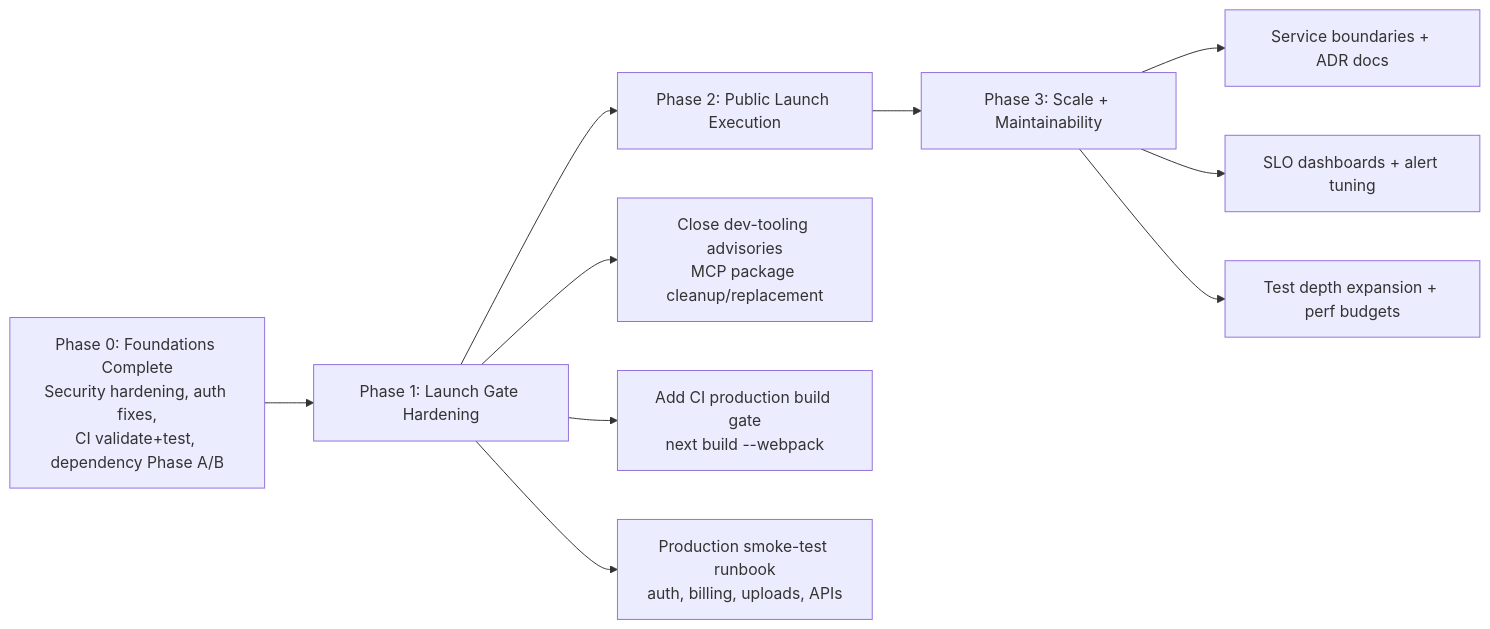
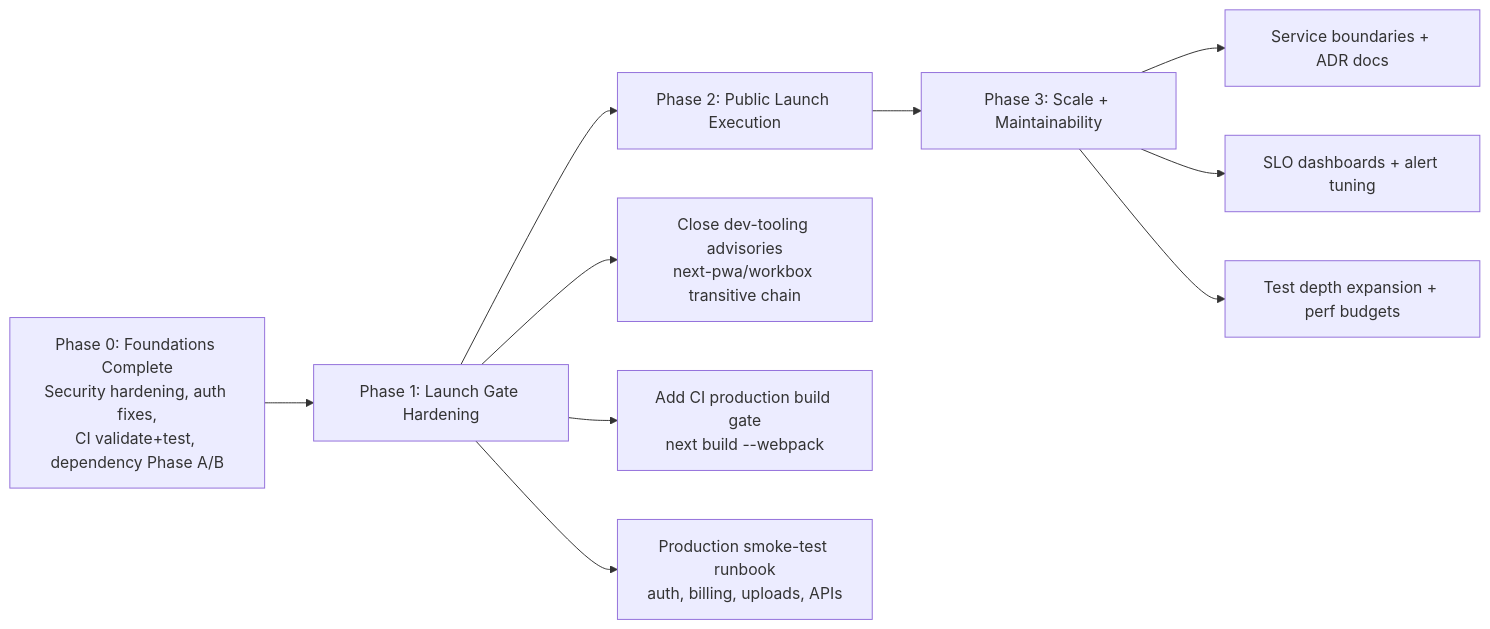
The second of 3 diagrams in docs/reports/VISUAL_PUBLIC_LAUNCH_ROADMAP.md (prettyinpurple2021/SoloSuccess_AI), drawn with Mermaid before and after one commit. The commit also changed other lines of this file and 6 other files, not shown here.

````diff
--- a/docs/reports/VISUAL_PUBLIC_LAUNCH_ROADMAP.md
+++ b/docs/reports/VISUAL_PUBLIC_LAUNCH_ROADMAP.md
@@ -31,22 +31,22 @@
 ```mermaid
 flowchart LR
     A[Phase 0: Foundations Complete<br/>Security hardening, auth fixes,<br/>CI validate+test, dependency Phase A/B] --> B[Phase 1: Launch Gate Hardening]
     B --> C[Phase 2: Public Launch Execution]
     C --> D[Phase 3: Scale + Maintainability]
 
-    B1[Close dev-tooling advisories<br/>MCP package cleanup/replacement]
+    B1[Close dev-tooling advisories<br/>next-pwa/workbox transitive chain]
     B2[Add CI production build gate<br/>next build --webpack]
     B3[Production smoke-test runbook<br/>auth, billing, uploads, APIs]
 
     B --> B1
     B --> B2
     B --> B3
 
     D1[Service boundaries + ADR docs]
     D2[SLO dashboards + alert tuning]
     D3[Test depth expansion + perf budgets]
 
     D --> D1
     D --> D2
     D --> D3
 ```
````
